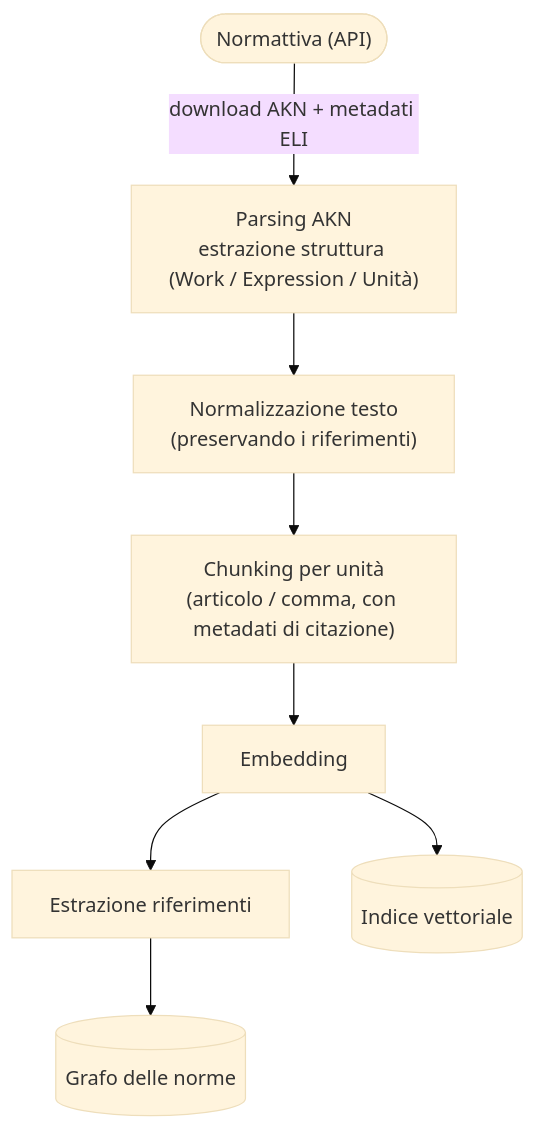
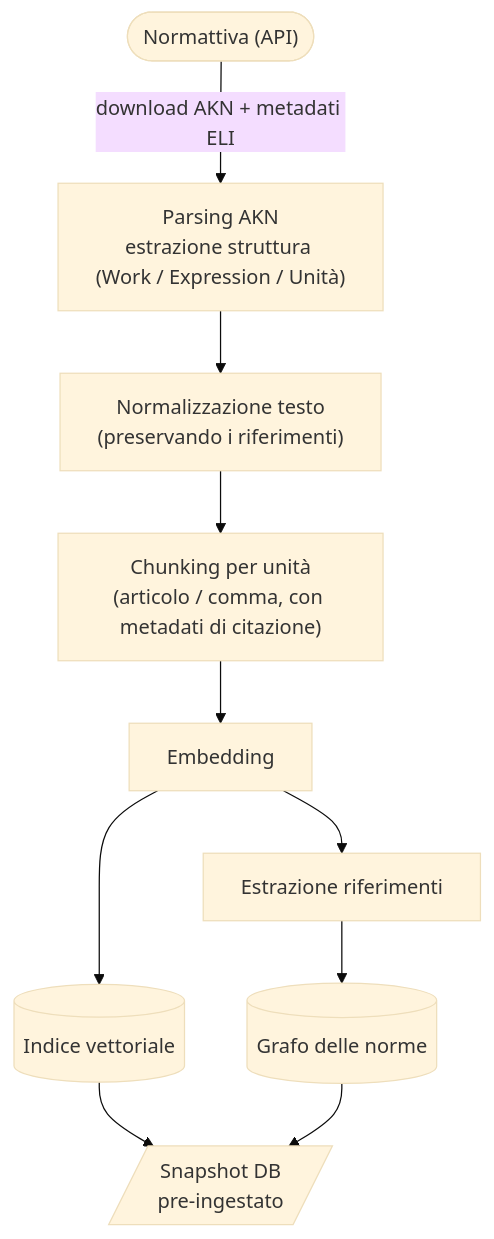
Before and after one commit to mikeminer/magistra: the diagram in knowledge/modello-dati/pipeline-trasformazione.md, drawn with Mermaid (base theme). The commit also changed other lines of this file and 6 other files, not shown here.

Commit message:
docs: define TypeScript-first runtime architecture

````diff
--- a/knowledge/modello-dati/pipeline-trasformazione.md
+++ b/knowledge/modello-dati/pipeline-trasformazione.md
@@ -11,19 +11,22 @@
 ```mermaid
 flowchart TD
     N(["Normattiva (API)"])
     P["Parsing AKN<br/>estrazione struttura (Work / Expression / Unità)"]
     T["Normalizzazione testo<br/>(preservando i riferimenti)"]
     C["Chunking per unità<br/>(articolo / comma, con metadati di citazione)"]
     E["Embedding"]
     R["Estrazione riferimenti"]
     IV[("Indice vettoriale")]
     G[("Grafo delle norme")]
+    S[/"Snapshot DB<br/>pre-ingestato"/]
 
     N -->|download AKN + metadati ELI| P
     P --> T
     T --> C
     C --> E
     E --> IV
     E --> R
     R --> G
+    IV --> S
+    G --> S
 ```
````
